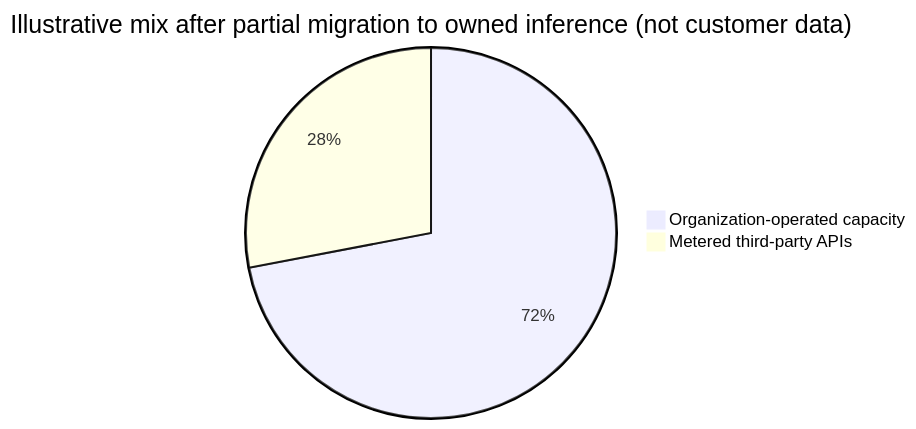
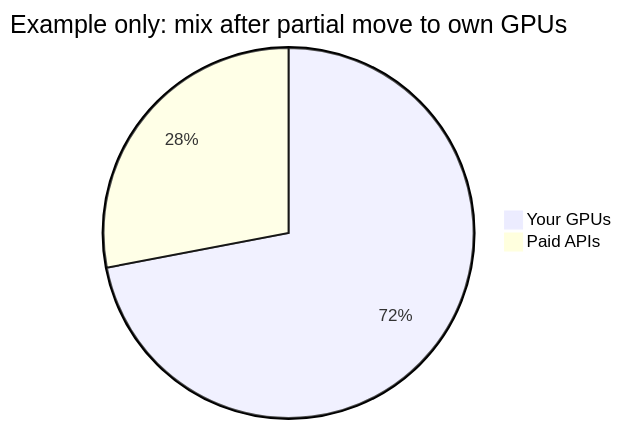
One commit to NVIDIA/nim-deploy changed the fourth of 6 diagrams in cloud-service-providers/azure/workshops/aks-nemoclaw/README.md. Above: the diagram before and after it, drawn with Mermaid. The commit also changed other lines of this file, not shown here.

````diff
--- a/cloud-service-providers/azure/workshops/aks-nemoclaw/README.md
+++ b/cloud-service-providers/azure/workshops/aks-nemoclaw/README.md
@@ -123,5 +130,5 @@
 ```mermaid
-pie title Illustrative mix after partial migration to owned inference (not customer data)
-    "Organization-operated capacity" : 72
-    "Metered third-party APIs" : 28
+pie title Example only: mix after partial move to own GPUs
+    "Your GPUs" : 72
+    "Paid APIs" : 28
 ```
````
